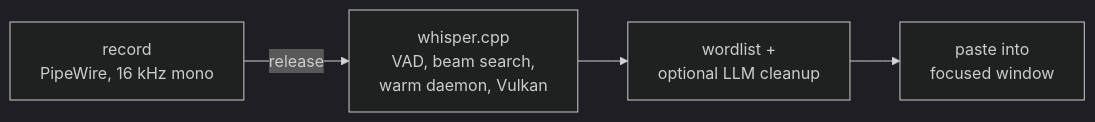
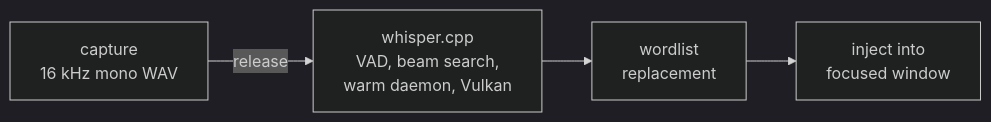
One commit to MrTorriz/sayit changed the diagram in README.md. Above: the diagram before and after it, drawn with Mermaid (dark theme). The commit also changed other lines of this file and 1 other file, not shown here.

First line of the commit message:
docs: cover both platforms in the README and architecture notes

````diff
--- a/README.md
+++ b/README.md
@@ -20,6 +20,6 @@
 ```mermaid
 flowchart LR
-    A["record<br>PipeWire, 16 kHz mono"] -->|release| B["whisper.cpp<br>VAD, beam search,<br>warm daemon, Vulkan"]
-    B --> C["wordlist +<br>optional LLM cleanup"]
-    C --> D["paste into<br>focused window"]
+    A["capture<br>16 kHz mono WAV"] -->|release| B["whisper.cpp<br>VAD, beam search,<br>warm daemon, Vulkan"]
+    B --> C["wordlist<br>replacement"]
+    C --> D["inject into<br>focused window"]
 ```
````
